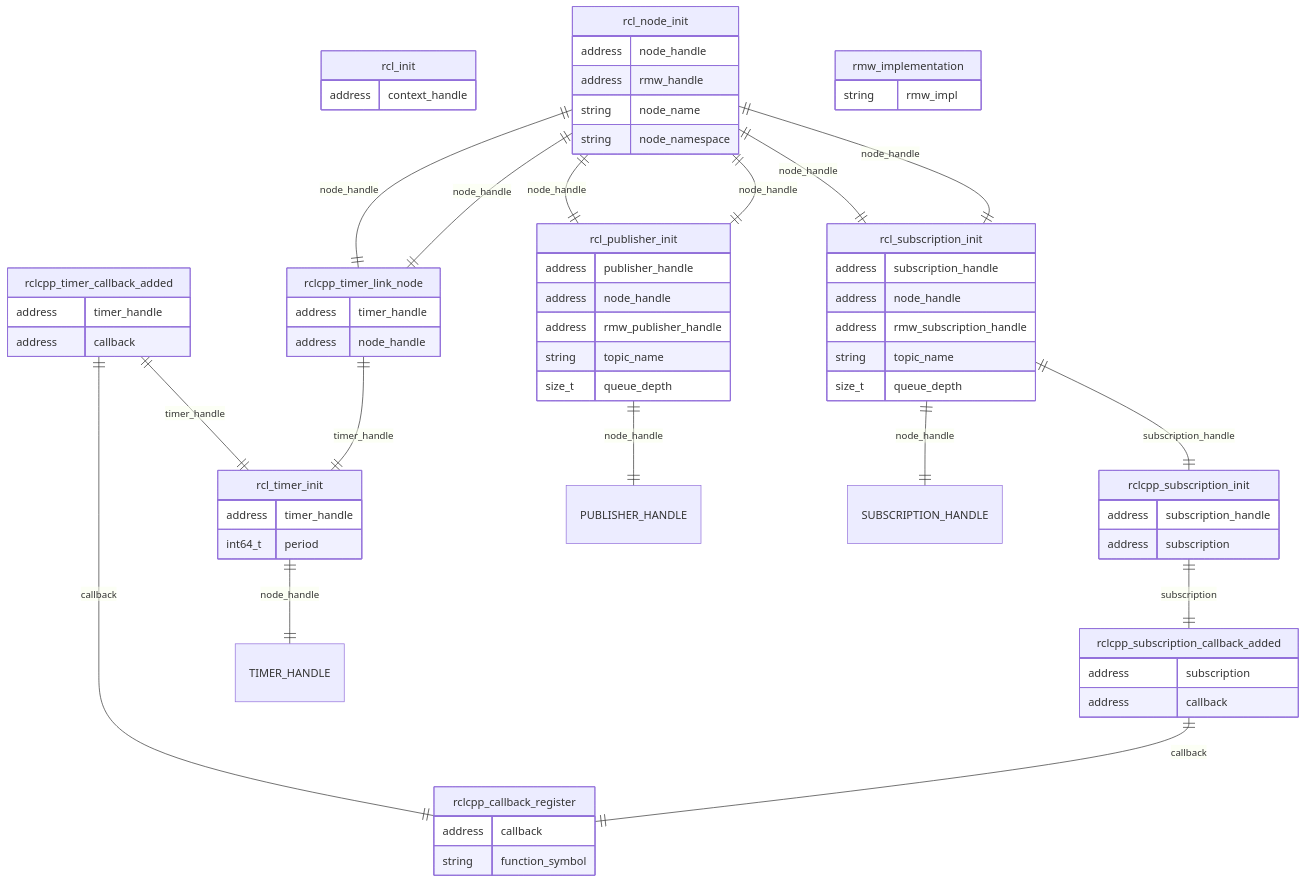
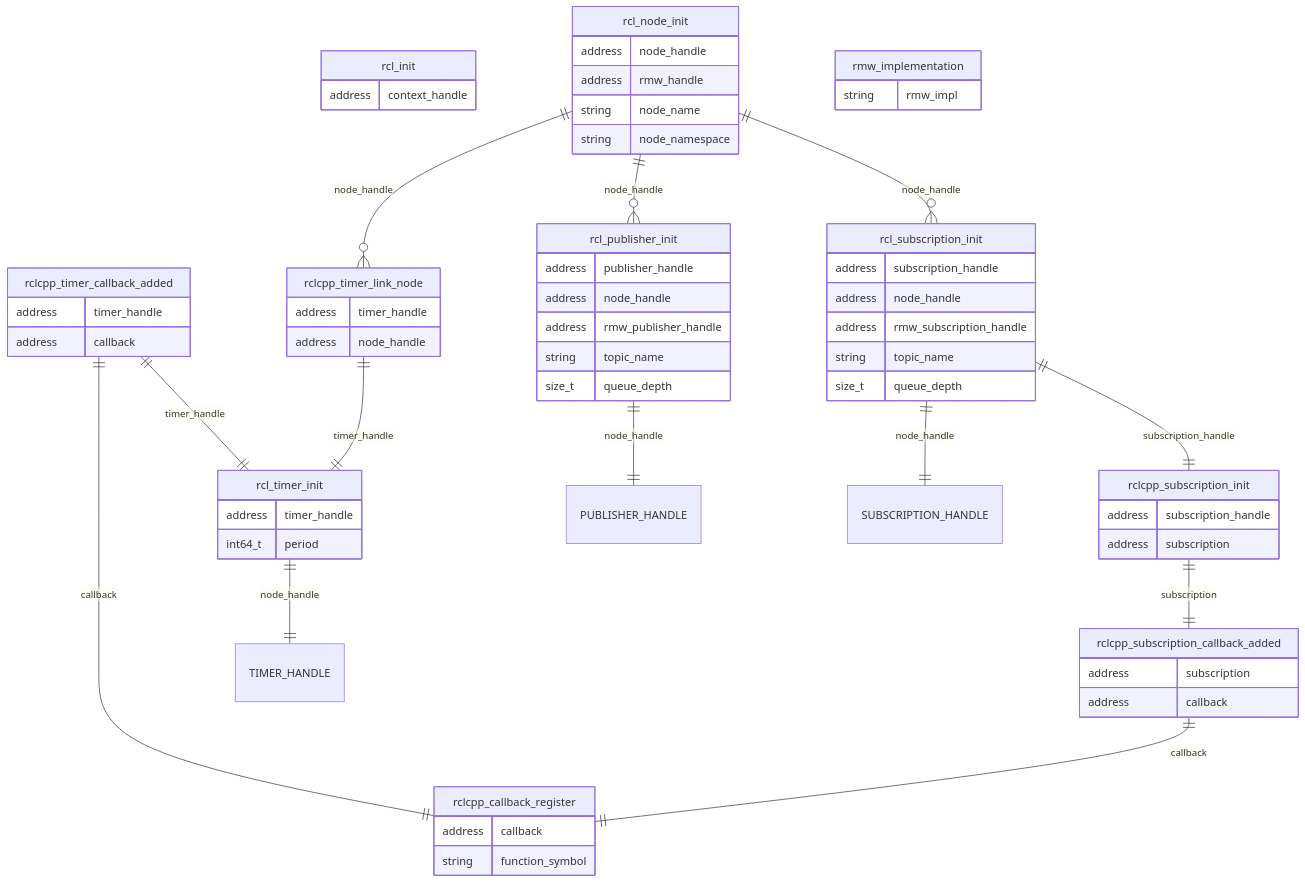
Before and after one commit to hsgwa/CARET_doc: the first of 2 diagrams in docs/design/trace_points/initialization_trace_points.md, drawn with Mermaid. The commit also changed other lines of this file and 24 other files, not shown here.

````diff
--- a/docs/design/trace_points/initialization_trace_points.md
+++ b/docs/design/trace_points/initialization_trace_points.md
@@ -65,14 +68,9 @@
  string rmw_impl
  }
 
-    rcl_node_init ||--|| rcl_publisher_init : node_handle
-    rcl_node_init ||--|| rcl_subscription_init : node_handle
-    rcl_node_init ||--|| rclcpp_timer_link_node : node_handle
-
-    rcl_node_init ||--|| rcl_publisher_init : node_handle
-    rcl_node_init ||--|| rcl_subscription_init : node_handle
-    rcl_node_init ||--|| rclcpp_timer_link_node : node_handle
-
+    rcl_node_init ||--o{ rcl_publisher_init : node_handle
+    rcl_node_init ||--o{ rcl_subscription_init : node_handle
+    rcl_node_init ||--o{ rclcpp_timer_link_node : node_handle
 
     rcl_publisher_init ||--|| PUBLISHER_HANDLE : node_handle
     rcl_subscription_init ||--|| SUBSCRIPTION_HANDLE : node_handle
@@ -87,12 +85,4 @@
     rclcpp_timer_callback_added ||--|| rcl_timer_init : timer_handle
     rclcpp_timer_link_node ||--|| rcl_timer_init: timer_handle
 
-
-
-
-
-
-
-
-
 ```
````
